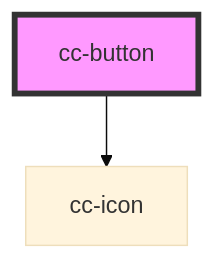
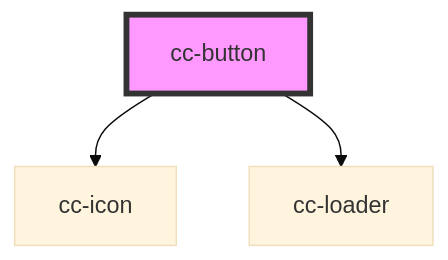
The diagram in packages/core/src/components/cc-button/readme.md (lacafetalab/cafeta-components), drawn with Mermaid (base theme) before and after one commit. The commit also changed other lines of this file and 18 other files, not shown here.

````diff
--- a/packages/core/src/components/cc-button/readme.md
+++ b/packages/core/src/components/cc-button/readme.md
@@ -31,5 +33,6 @@
 ```mermaid
 graph TD;
   cc-button --> cc-icon
+  cc-button --> cc-loader
   style cc-button fill:#f9f,stroke:#333,stroke-width:4px
 ```
````
